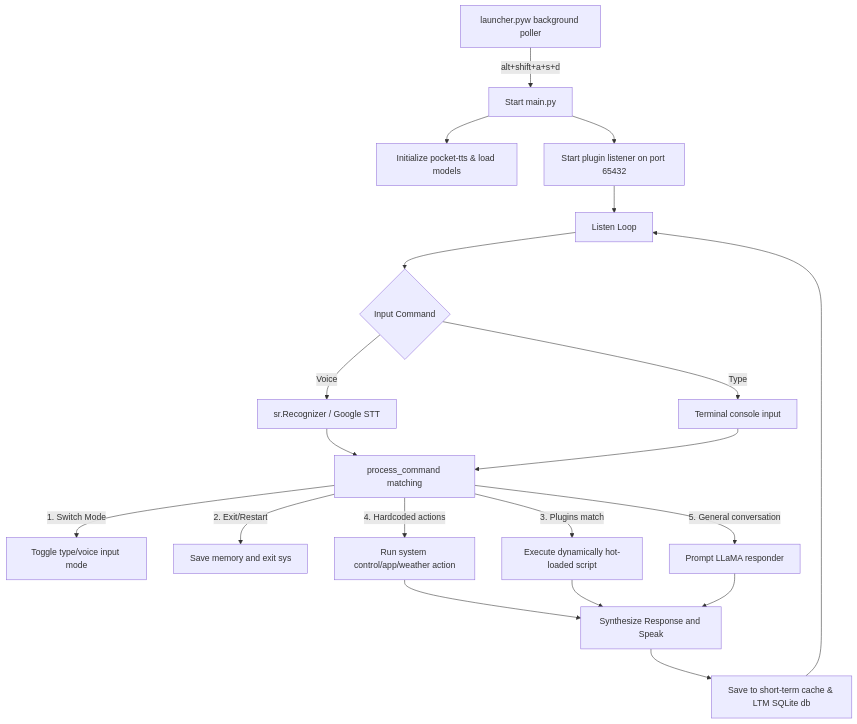
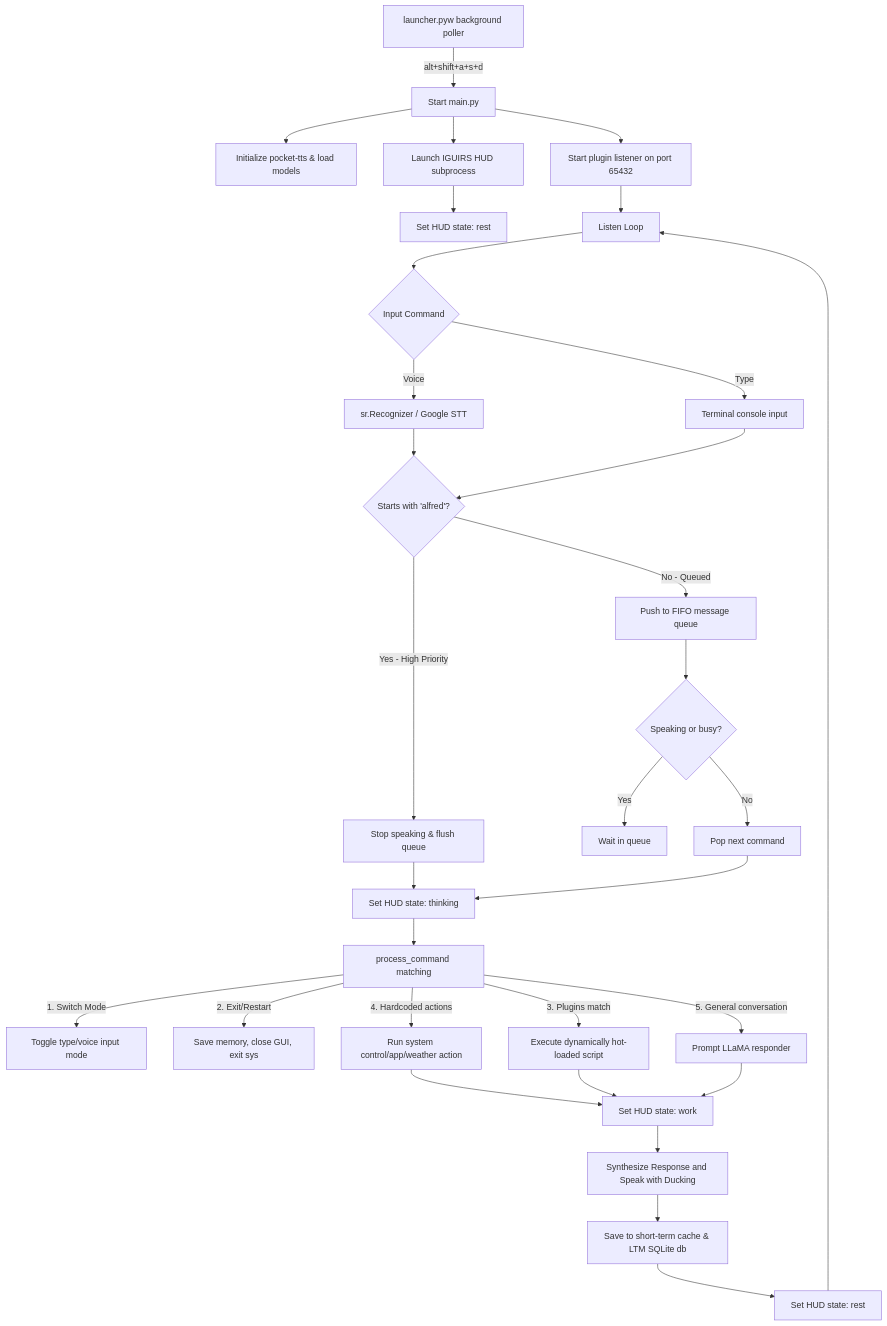
The diagram in README.md (Coder-H-1/ALFRED), drawn with Mermaid before and after one commit. The commit also changed other lines of this file and 26 other files, not shown here.

````diff
--- a/README.md
+++ b/README.md
@@ -93,27 +116,42 @@
 ```mermaid
 flowchart TD
     Launcher[launcher.pyw background poller] -->|alt+shift+a+s+d| Launch[Start main.py]
     Launch --> InitTTS[Initialize pocket-tts & load models]
+    Launch --> InitGUI[Launch IGUIRS HUD subprocess]
     Launch --> StartSocket[Start plugin listener on port 65432]
     
+    InitGUI --> SetRest[Set HUD state: rest]
     StartSocket --> Loop[Listen Loop]
     Loop --> Input{Input Command}
     Input -->|Voice| Speech[sr.Recognizer / Google STT]
     Input -->|Type| ConsoleInput[Terminal console input]
     
-    Speech --> Process[process_command matching]
-    ConsoleInput --> Process
+    Speech --> QueueCheck{Starts with 'alfred'?}
+    ConsoleInput --> QueueCheck
+    
+    QueueCheck -->|Yes - High Priority| Interrupt[Stop speaking & flush queue]
+    Interrupt --> SetThinking[Set HUD state: thinking]
+    QueueCheck -->|No - Queued| Enqueue[Push to FIFO message queue]
+    
+    Enqueue --> CheckBusy{Speaking or busy?}
+    CheckBusy -->|Yes| Wait[Wait in queue]
+    CheckBusy -->|No| PopQueue[Pop next command]
+    PopQueue --> SetThinking
+    
+    SetThinking --> Process[process_command matching]
     
     Process -->|1. Switch Mode| Toggle[Toggle type/voice input mode]
-    Process -->|2. Exit/Restart| Terminate[Save memory and exit sys]
+    Process -->|2. Exit/Restart| Terminate[Save memory, close GUI, exit sys]
     Process -->|3. Plugins match| PluginRun[Execute dynamically hot-loaded script]
     Process -->|4. Hardcoded actions| SysAction[Run system control/app/weather action]
     Process -->|5. General conversation| LLMResponse[Prompt LLaMA responder]
     
-    SysAction --> Speak[Synthesize Response and Speak]
-    PluginRun --> Speak
-    LLMResponse --> Speak
+    SysAction --> SetWork[Set HUD state: work]
+    PluginRun --> SetWork
+    LLMResponse --> SetWork
     
+    SetWork --> Speak[Synthesize Response and Speak with Ducking]
     Speak --> SaveMem[Save to short-term cache & LTM SQLite db]
-    SaveMem --> Loop
+    SaveMem --> SetRest2[Set HUD state: rest]
+    SetRest2 --> Loop
 ```
````
